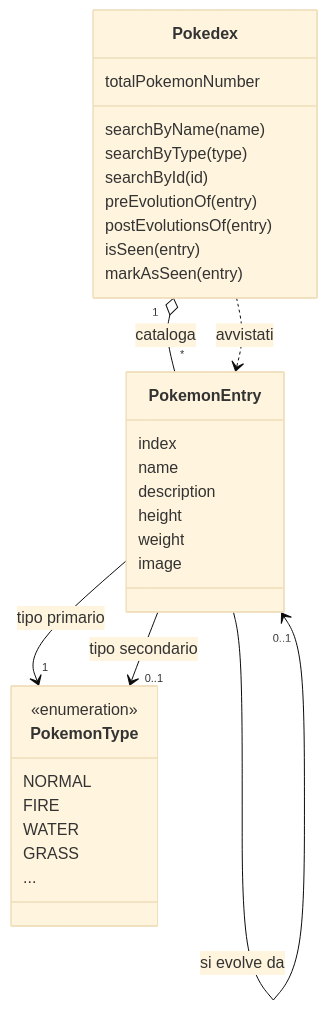
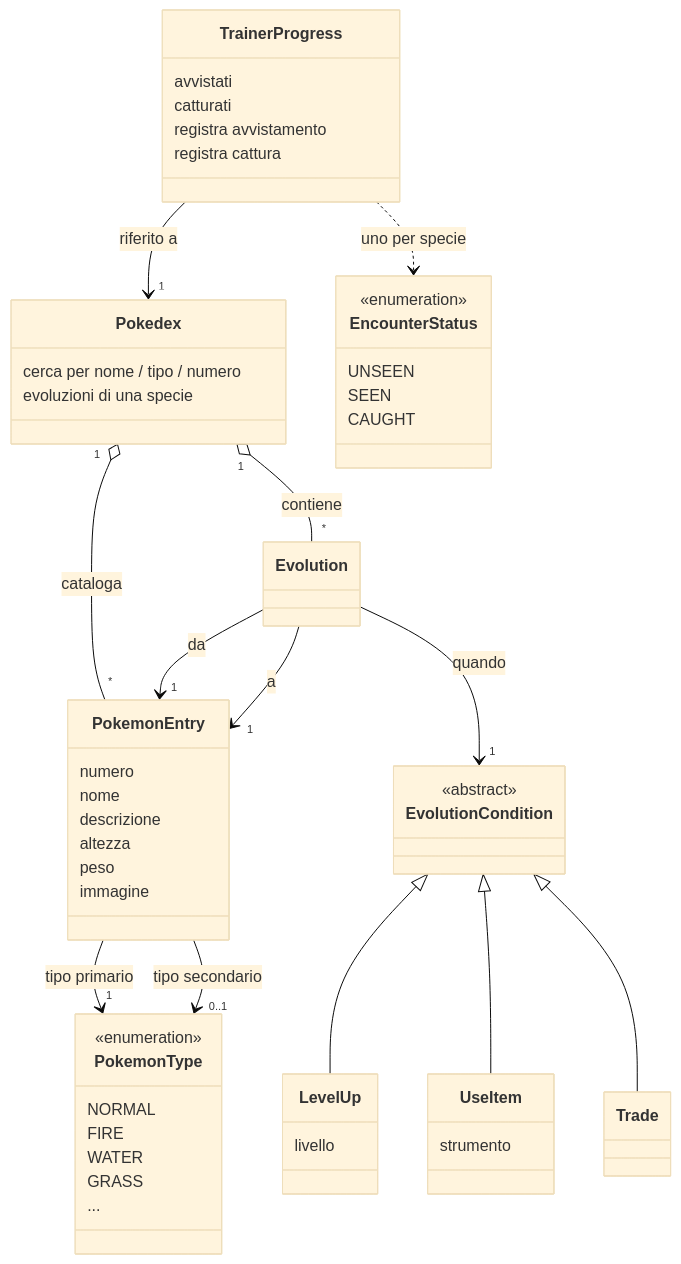
Before and after one commit to cric96/pss-pokedex-fx: the diagram in docs/analisi.md, drawn with Mermaid (base theme). The commit also changed other lines of this file and 23 other files, not shown here.

First line of the commit message:
refactor(core): separate trainer progress, evolutions with conditions, no builder

````diff
--- a/docs/analisi.md
+++ b/docs/analisi.md
@@ -52,34 +59,59 @@
 ```mermaid
 classDiagram
     class Pokedex {
-        totalPokemonNumber
-        searchByName(name)
-        searchByType(type)
-        searchById(id)
-        preEvolutionOf(entry)
-        postEvolutionsOf(entry)
-        isSeen(entry)
-        markAsSeen(entry)
+        cerca per nome / tipo / numero
+        evoluzioni di una specie
     }
     class PokemonEntry {
-        index
-        name
-        description
-        height
-        weight
-        image
+        numero
+        nome
+        descrizione
+        altezza
+        peso
+        immagine
     }
     class PokemonType {
         <<enumeration>>
         NORMAL
         FIRE
         WATER
         GRASS
         ...
     }
+    class Evolution
+    class EvolutionCondition {
+        <<abstract>>
+    }
+    class LevelUp {
+        livello
+    }
+    class UseItem {
+        strumento
+    }
+    class Trade
+    class TrainerProgress {
+        avvistati
+        catturati
+        registra avvistamento
+        registra cattura
+    }
+    class EncounterStatus {
+        <<enumeration>>
+        UNSEEN
+        SEEN
+        CAUGHT
+    }
+
     Pokedex "1" o-- "*" PokemonEntry : cataloga
-    Pokedex ..> PokemonEntry : avvistati
+    Pokedex "1" o-- "*" Evolution : contiene
     PokemonEntry --> "1" PokemonType : tipo primario
     PokemonEntry --> "0..1" PokemonType : tipo secondario
-    PokemonEntry --> "0..1" PokemonEntry : si evolve da
+    Evolution --> "1" PokemonEntry : da
+    Evolution --> "1" PokemonEntry : a
+    Evolution --> "1" EvolutionCondition : quando
+    EvolutionCondition <|-- LevelUp
+    EvolutionCondition <|-- UseItem
+    EvolutionCondition <|-- Trade
+    TrainerProgress --> "1" Pokedex : riferito a
+    TrainerProgress ..> EncounterStatus : uno per specie
 ```
````
